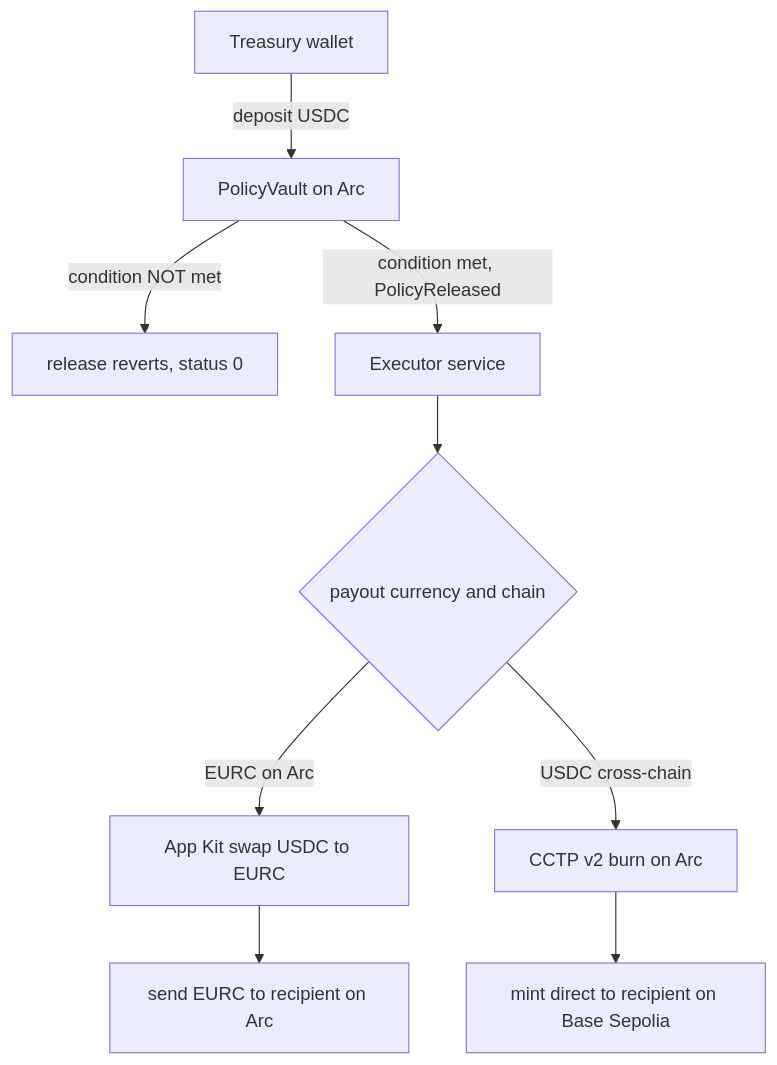
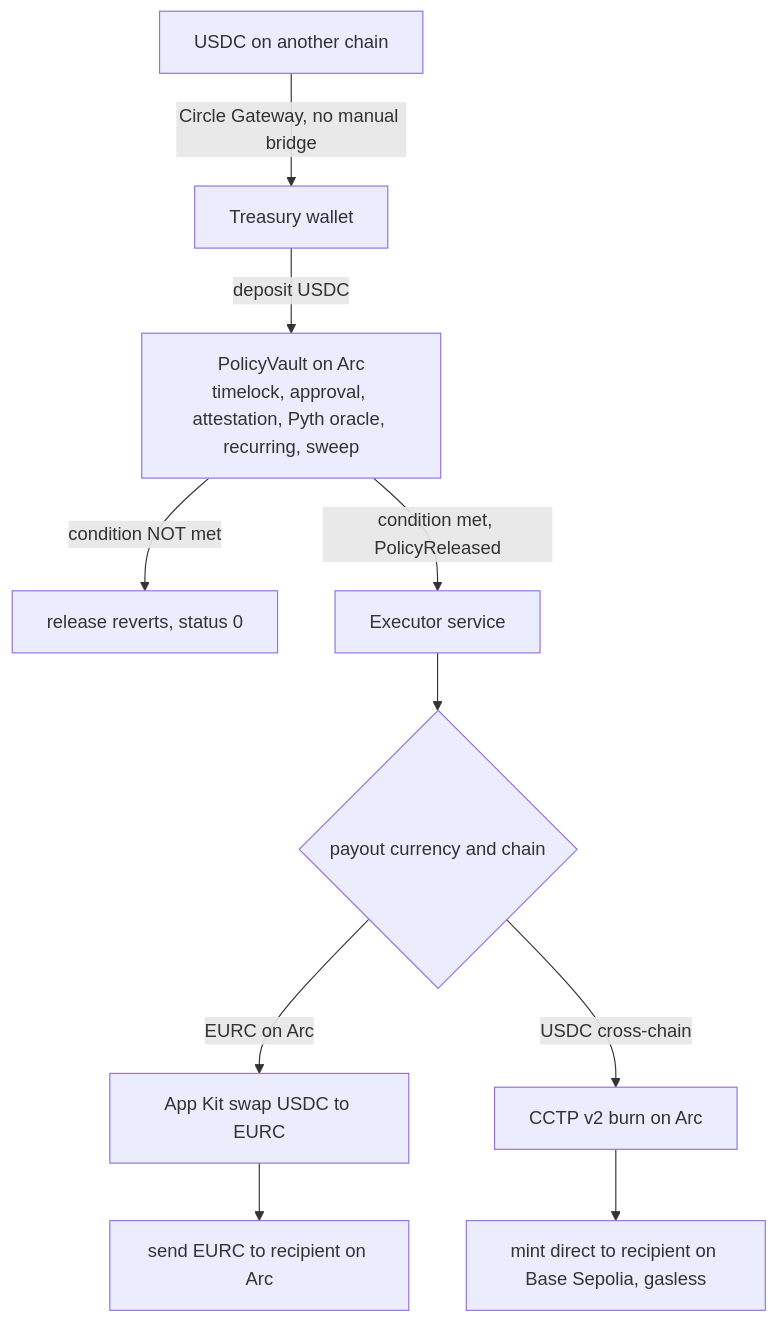
Before and after one commit to abdoulore/Covenant: the diagram in README.md, drawn with Mermaid. The commit also changed other lines of this file and 2 other files, not shown here.

Commit message:
Section 9 submission package: reviewer walkthrough, diagram, claims pass
Add docs/WALKTHROUGH.md, a ten-minute reviewer tour built around the two strongest proofs (a depeg policy releasing on live Pyth data, and a cross-chain settlement receipt with the measured custody gap). Update the architecture diagram to the full system (Gateway funding upstream, all six conditions, Circle product per leg). Claims pass: fix stale RESULTS test counts (178 to 210, 85 to 101 executor), correct the oracle 'not yet demoed' line that contradicted its own proof section, and refresh the reproduce block. Every README number traces to a RESULTS hash.

````diff
--- a/README.md
+++ b/README.md
@@ -15,12 +15,13 @@
 ```mermaid
 flowchart TB
-    T[Treasury wallet] -->|deposit USDC| V[PolicyVault on Arc]
+    G[USDC on another chain] -->|Circle Gateway, no manual bridge| T[Treasury wallet]
+    T -->|deposit USDC| V["PolicyVault on Arc<br/>timelock, approval, attestation, Pyth oracle, recurring, sweep"]
     V -->|condition NOT met| X[release reverts, status 0]
     V -->|condition met, PolicyReleased| E[Executor service]
 
     E --> A{payout currency and chain}
     A -->|EURC on Arc| S[App Kit swap USDC to EURC]
     S --> PA[send EURC to recipient on Arc]
     A -->|USDC cross-chain| C[CCTP v2 burn on Arc]
-    C --> PB[mint direct to recipient on Base Sepolia]
+    C --> PB[mint direct to recipient on Base Sepolia, gasless]
 ```
````
